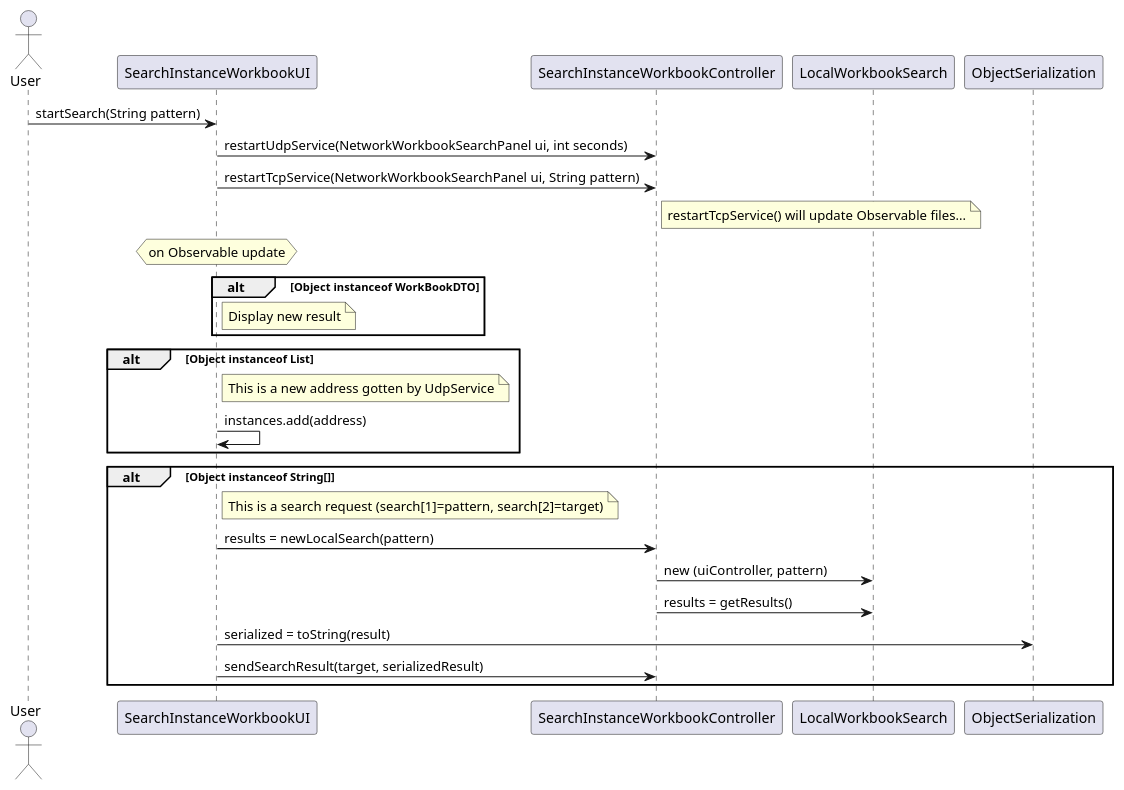
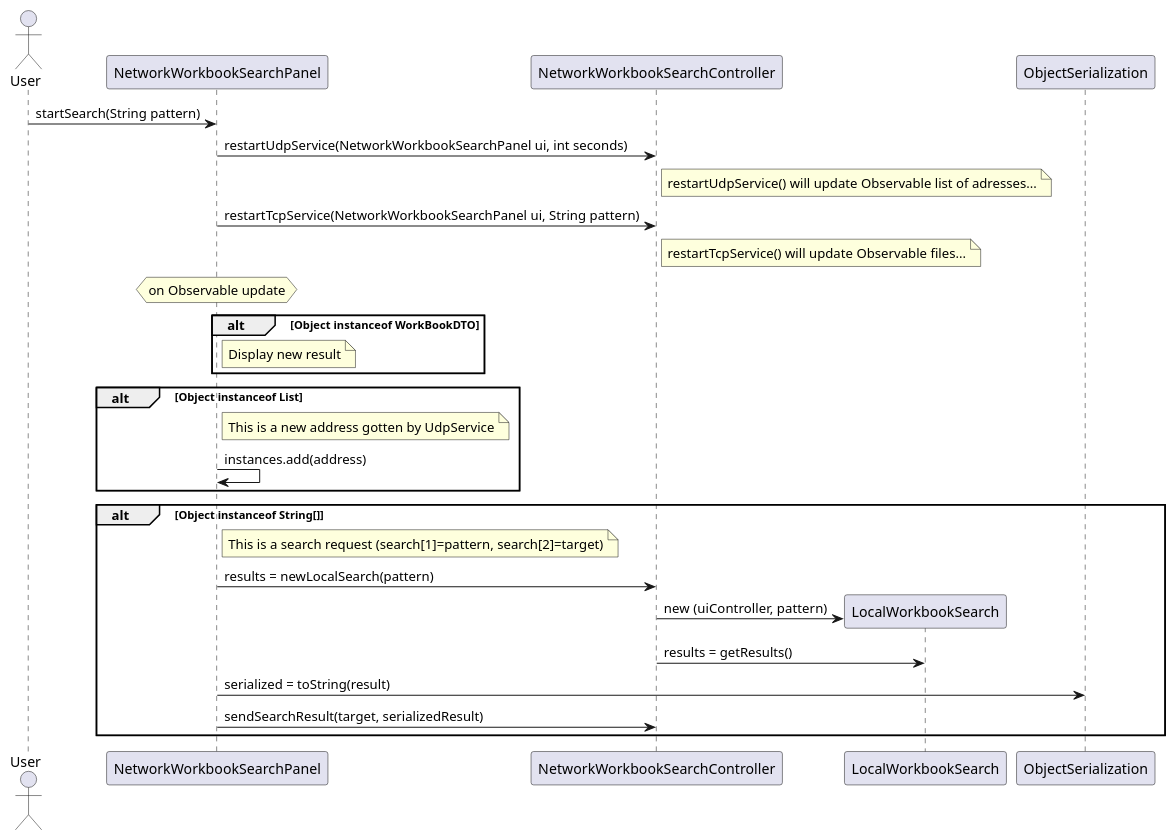
One commit to RubenTeixeira/cleansheets_isep_2dg_2016 changed the diagram in src/main/java/csheets/worklog/n1140780/sprint3/ipc_03.2_sequence_diagram.puml. Above: the diagram before and after it, drawn with PlantUML. The commit also changed 2 other files, not shown here.

```diff
--- a/src/main/java/csheets/worklog/n1140780/sprint3/ipc_03.2_sequence_diagram.puml
+++ b/src/main/java/csheets/worklog/n1140780/sprint3/ipc_03.2_sequence_diagram.puml
@@ -1,32 +1,34 @@
 @startuml doc-files/ipc_03.2_sequence_diagram.png
 
 actor User
-participant "SearchInstanceWorkbookUI" as UI
-participant "SearchInstanceWorkbookController" as Control
+participant "NetworkWorkbookSearchPanel" as UI
+participant "NetworkWorkbookSearchController" as Control
 participant "LocalWorkbookSearch" as local
 
 User->UI: startSearch(String pattern)
 
 UI->Control: restartUdpService(NetworkWorkbookSearchPanel ui, int seconds)
+note right of Control: restartUdpService() will update Observable list of adresses...
 
 UI->Control: restartTcpService(NetworkWorkbookSearchPanel ui, String pattern)
 note right of Control: restartTcpService() will update Observable files...
 
 hnote over UI : on Observable update
 alt Object instanceof WorkBookDTO
 	note right of UI: Display new result
 end
 alt Object instanceof List
 	note right of UI: This is a new address gotten by UdpService
 	UI->UI: instances.add(address)
 end
 alt Object instanceof String[]
 	note right of UI: This is a search request (search[1]=pattern, search[2]=target)
 	UI->Control: results = newLocalSearch(pattern)
+	create local
 	Control->local: new (uiController, pattern)
 	Control->local: results = getResults()
 	UI->ObjectSerialization: serialized = toString(result)
 	UI->Control: sendSearchResult(target, serializedResult)
 end
 
 @enduml
```
